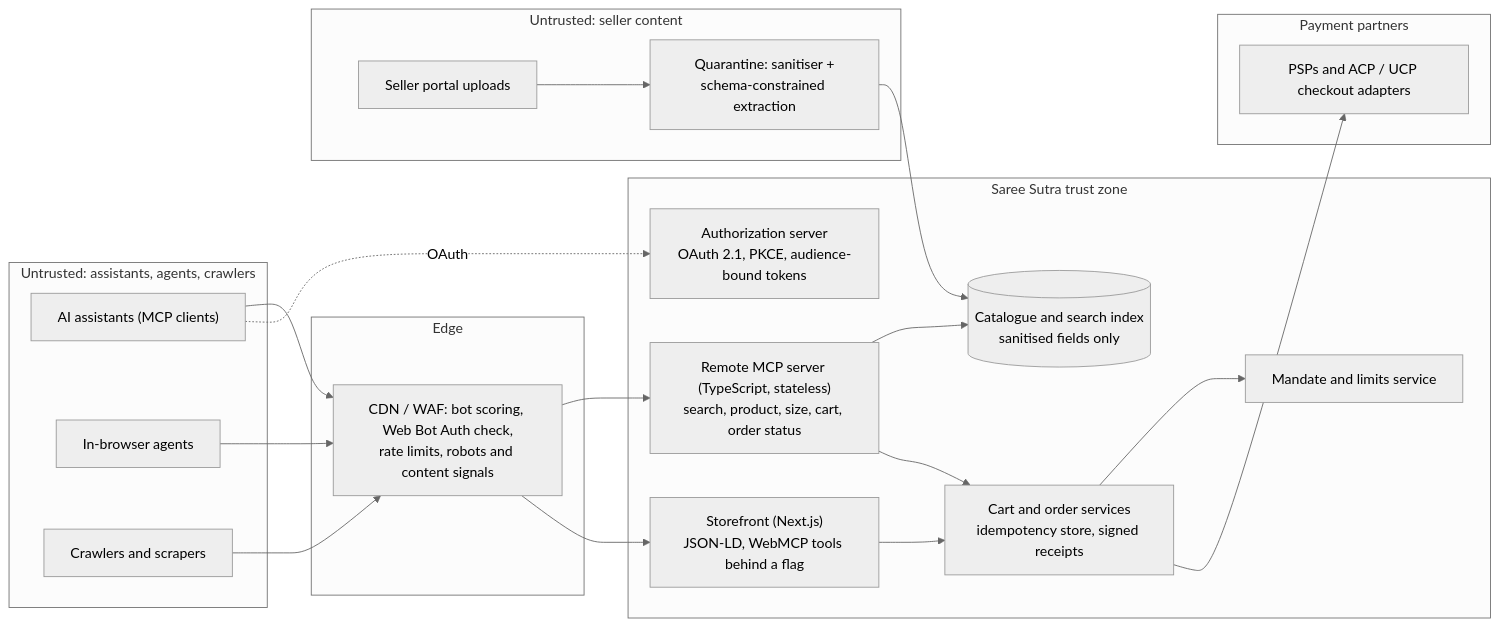
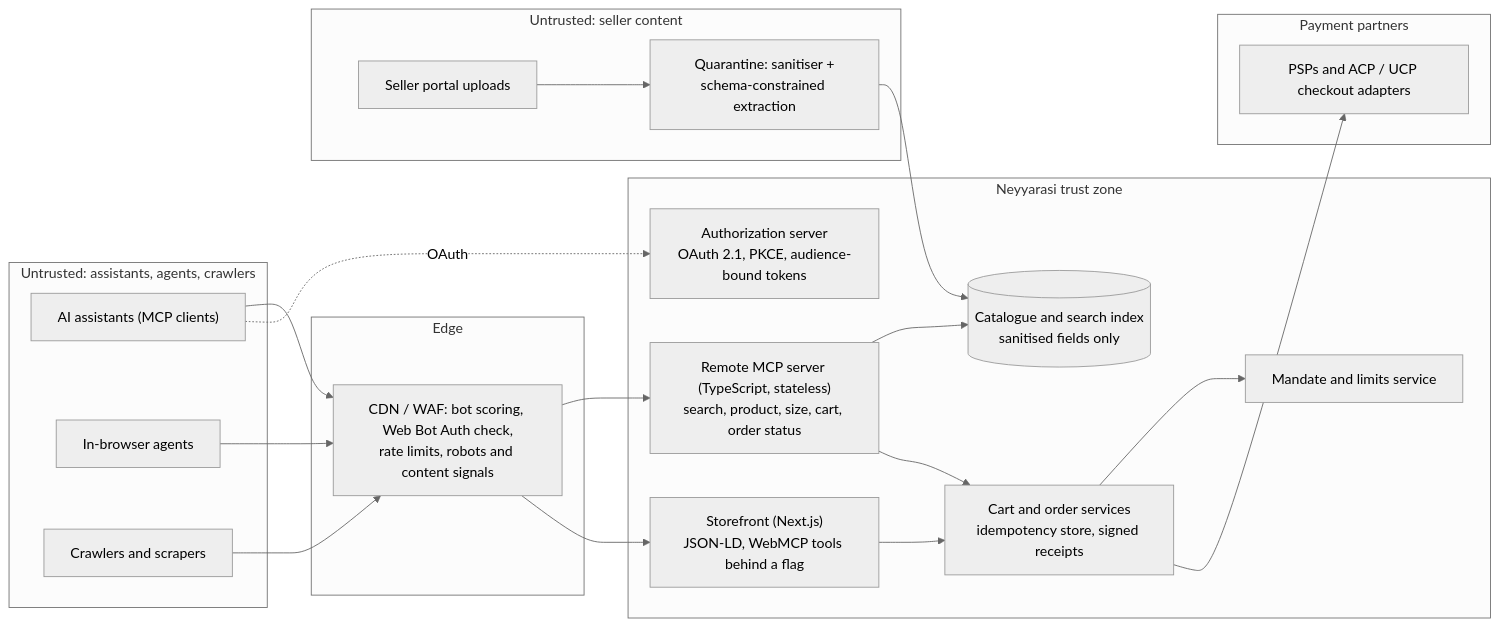
Before and after one commit to nagarjunak-pixel/02-autogpt-autonomous-agent: the diagram in curriculum/projects/P13-agent-ready-commerce-mcp.md, drawn with Mermaid (neutral theme). The commit also changed other lines of this file and 9 other files, not shown here.

````diff
--- a/curriculum/projects/P13-agent-ready-commerce-mcp.md
+++ b/curriculum/projects/P13-agent-ready-commerce-mcp.md
@@ -130,35 +130,35 @@
 ```mermaid
 flowchart LR
   subgraph EXT["Untrusted: assistants, agents, crawlers"]
     AST["AI assistants (MCP clients)"]
     BRA["In-browser agents"]
     CRW["Crawlers and scrapers"]
   end
   subgraph EDGE["Edge"]
     WAF["CDN / WAF: bot scoring, Web Bot Auth check,<br/>rate limits, robots and content signals"]
   end
-  subgraph CORE["Saree Sutra trust zone"]
+  subgraph CORE["Neyyarasi trust zone"]
     MCP["Remote MCP server (TypeScript, stateless)<br/>search, product, size, cart, order status"]
     AZ["Authorization server<br/>OAuth 2.1, PKCE, audience-bound tokens"]
     MAN["Mandate and limits service"]
     CAT[("Catalogue and search index<br/>sanitised fields only")]
     CRT["Cart and order services<br/>idempotency store, signed receipts"]
     SF["Storefront (Next.js)<br/>JSON-LD, WebMCP tools behind a flag"]
   end
   subgraph SEL["Untrusted: seller content"]
     SP["Seller portal uploads"]
     QZ["Quarantine: sanitiser +<br/>schema-constrained extraction"]
   end
   subgraph PAY["Payment partners"]
     PSP["PSPs and ACP / UCP checkout adapters"]
   end
   AST --> WAF --> MCP
   CRW --> WAF --> SF
   BRA --> WAF
   AST -.->|OAuth| AZ
   MCP --> CAT
   MCP --> CRT --> MAN
   SF --> CRT
   CRT --> PSP
   SP --> QZ --> CAT
 ```
````
